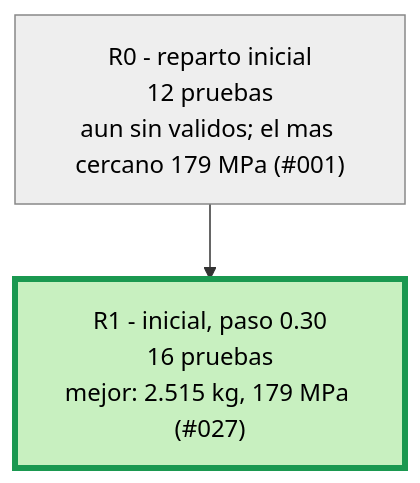
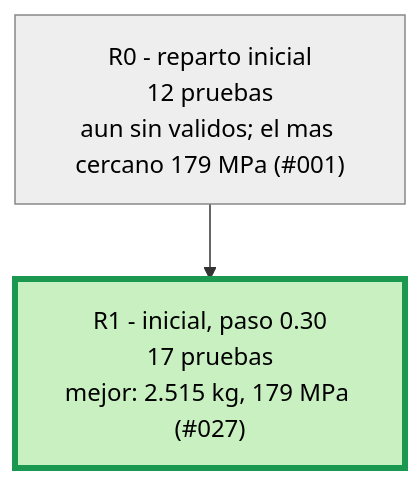
One commit to Hugiko/msd-soporte-optimizacion changed the second of 3 diagrams in runs/opt_37800N/ARBOL.md. Above: the diagram before and after it, drawn with Mermaid. The commit also changed 21 other files, not shown here.

````diff
--- a/runs/opt_37800N/ARBOL.md
+++ b/runs/opt_37800N/ARBOL.md
@@ -21,9 +21,9 @@
 ```mermaid
 graph TD
 classDef activa fill:#d6eaff,stroke:#1f6fb5,color:#000
 classDef fin fill:#eeeeee,stroke:#888,color:#000
 classDef mejor fill:#c8f0c0,stroke:#1a9850,stroke-width:4px,color:#000
 R0["R0 - reparto inicial<br/>12 pruebas<br/>aun sin validos; el mas cercano 179 MPa (#001)"]:::fin
-R1["R1 - inicial, paso 0.30<br/>16 pruebas<br/>mejor: 2.515 kg, 179 MPa (#027)"]:::mejor
+R1["R1 - inicial, paso 0.30<br/>17 pruebas<br/>mejor: 2.515 kg, 179 MPa (#027)"]:::mejor
 R0 --> R1
 ```
````
